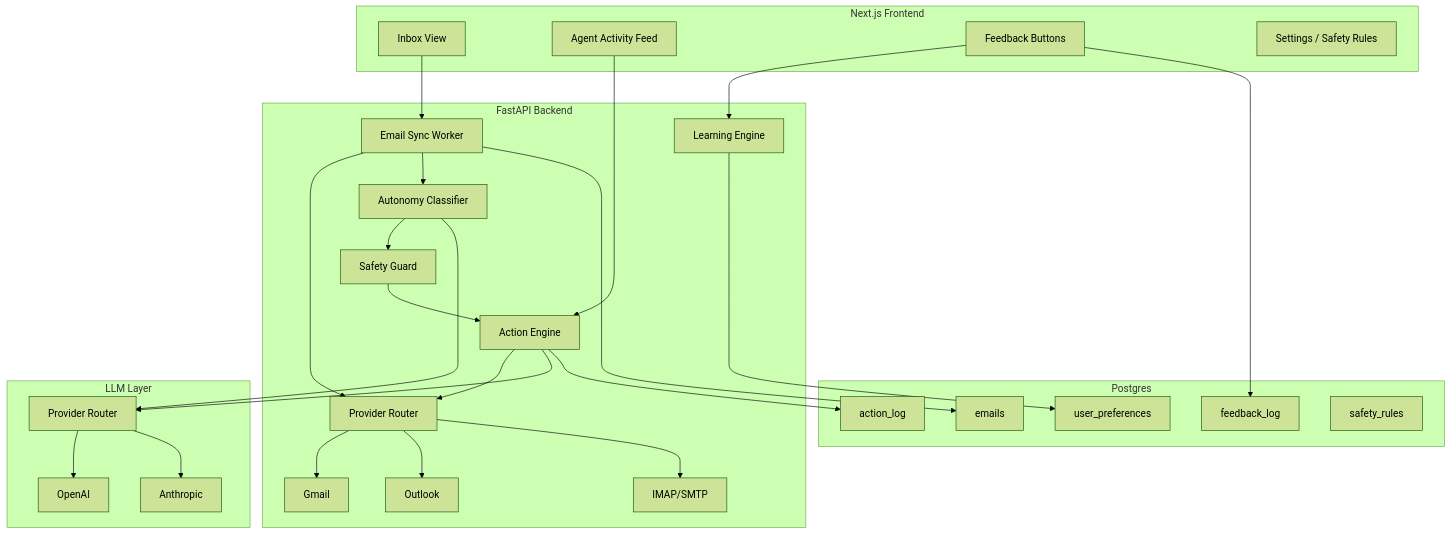
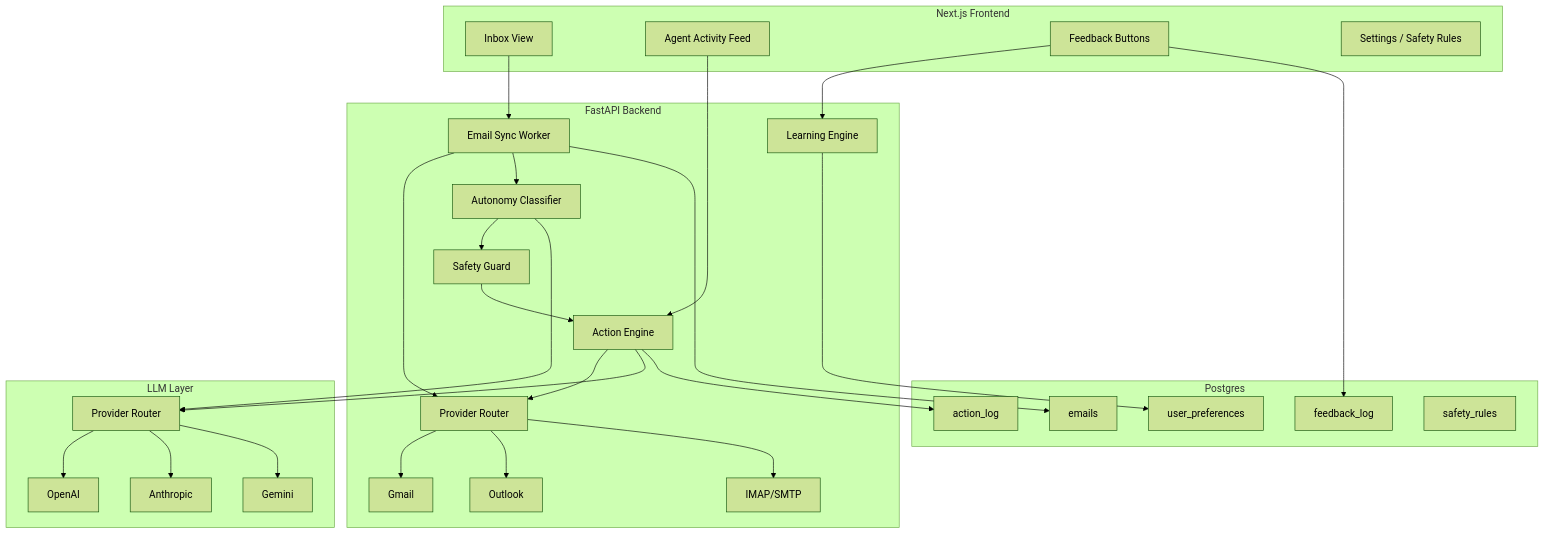
One commit to ShauryaVM/wajo-takehome changed the diagram in DESIGN.md. Above: the diagram before and after it, drawn with Mermaid (forest theme). The commit also changed other lines of this file, not shown here.

Commit message:
design: gemini is an llm option

````diff
--- a/DESIGN.md
+++ b/DESIGN.md
@@ -74,55 +74,57 @@
 ```mermaid
 graph TD
   subgraph frontend [Next.js Frontend]
     Inbox[Inbox View]
     AgentFeed[Agent Activity Feed]
     FeedbackUI[Feedback Buttons]
     Settings[Settings / Safety Rules]
   end
 
   subgraph backend [FastAPI Backend]
     EmailSync[Email Sync Worker]
     ProviderRouter[Provider Router]
     GmailProvider[Gmail]
     OutlookProvider[Outlook]
     IMAPProvider[IMAP/SMTP]
     Classifier[Autonomy Classifier]
     ActionEngine[Action Engine]
     LearningEngine[Learning Engine]
     SafetyGuard[Safety Guard]
   end
 
   subgraph storage [Postgres]
     Emails[emails]
     Preferences[user_preferences]
     FeedbackLog[feedback_log]
     ActionLog[action_log]
     SafetyRules[safety_rules]
   end
 
   subgraph llm [LLM Layer]
     LLMRouter[Provider Router]
     OpenAI[OpenAI]
     Anthropic[Anthropic]
+    Gemini[Gemini]
   end
 
   Inbox --> EmailSync
   AgentFeed --> ActionEngine
   FeedbackUI --> LearningEngine
   EmailSync --> ProviderRouter
   ProviderRouter --> GmailProvider
   ProviderRouter --> OutlookProvider
   ProviderRouter --> IMAPProvider
   EmailSync --> Classifier
   Classifier --> SafetyGuard
   SafetyGuard --> ActionEngine
   ActionEngine --> ProviderRouter
   LearningEngine --> Preferences
   Classifier --> LLMRouter
   ActionEngine --> LLMRouter
   LLMRouter --> OpenAI
   LLMRouter --> Anthropic
+  LLMRouter --> Gemini
   ActionEngine --> ActionLog
   FeedbackUI --> FeedbackLog
   EmailSync --> Emails
 ```
````
